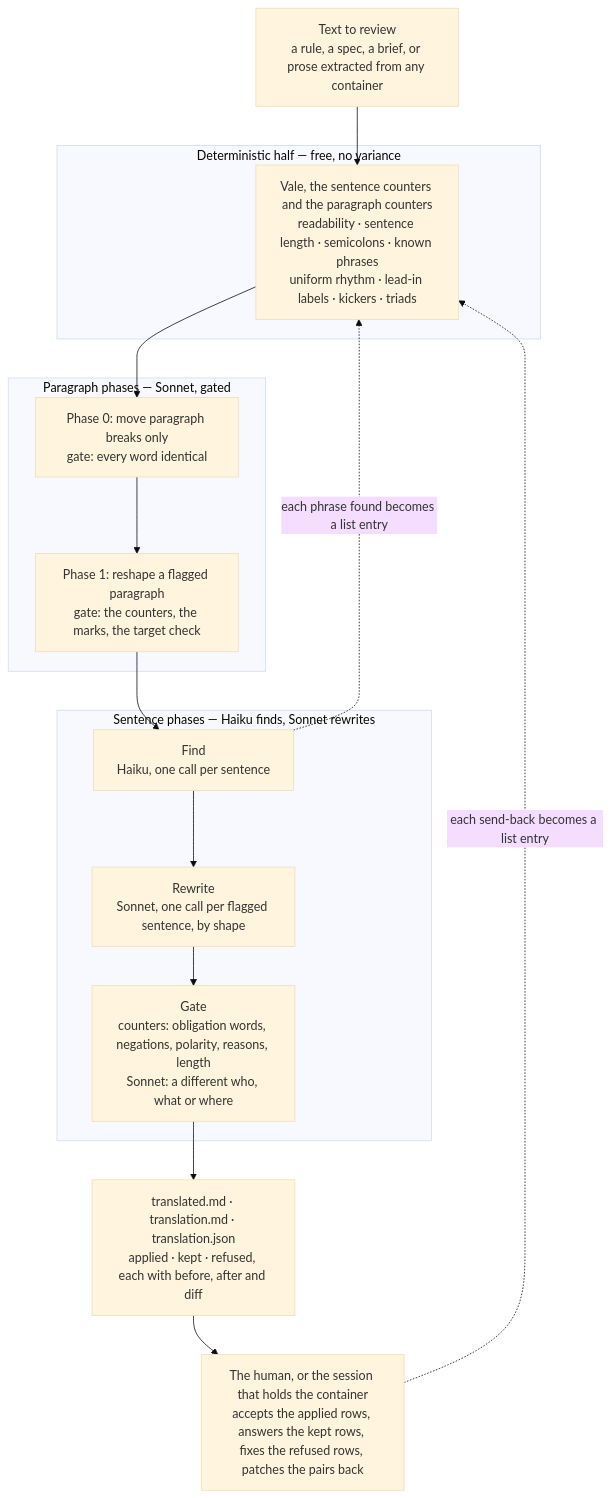
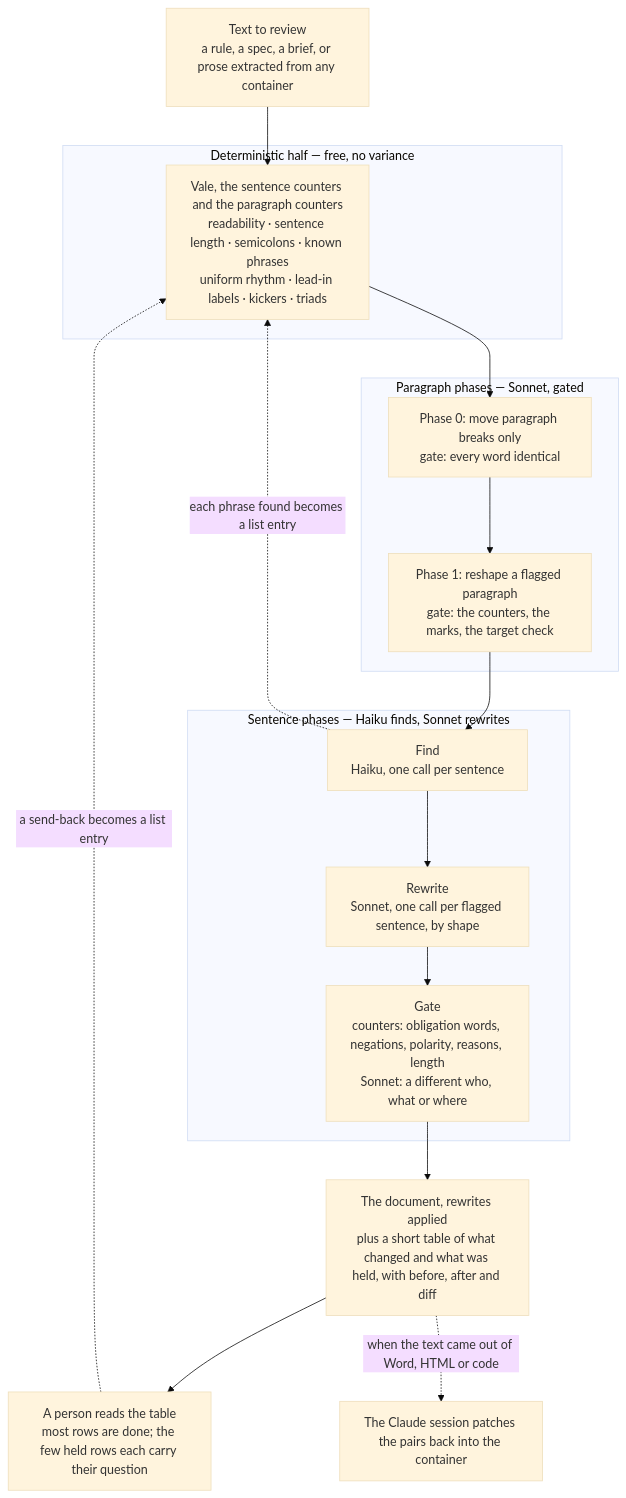
The diagram in README.md (Fermi-Ventures/claudian-translator), drawn with Mermaid (base theme) before and after one commit. The commit also changed other lines of this file, not shown here.

Commit message:
README: the diagram's end shows the human's actual share (a finished document, a short table, a few held rows) and the session as the patcher

````diff
--- a/README.md
+++ b/README.md
@@ -80,24 +80,25 @@
 ```mermaid
 flowchart TB
   T["Text to review\na rule, a spec, a brief, or prose extracted from any container"] --> V
   subgraph D["Deterministic half — free, no variance"]
     V["Vale, the sentence counters and the paragraph counters\nreadability · sentence length · semicolons · known phrases\nuniform rhythm · lead-in labels · kickers · triads"]
   end
   subgraph S["Paragraph phases — Sonnet, gated"]
     B["Phase 0: move paragraph breaks only\ngate: every word identical"]
     R["Phase 1: reshape a flagged paragraph\ngate: the counters, the marks, the target check"]
     B --> R
   end
   V --> B
   R --> F
   subgraph M["Sentence phases — Haiku finds, Sonnet rewrites"]
     F["Find\nHaiku, one call per sentence"]
     W["Rewrite\nSonnet, one call per flagged sentence, by shape"]
     C["Gate\ncounters: obligation words, negations, polarity, reasons, length\nSonnet: a different who, what or where"]
     F --> W --> C
   end
-  C --> O["translated.md · translation.md · translation.json\napplied · kept · refused, each with before, after and diff"]
-  O --> H["The human, or the session that holds the container\naccepts the applied rows, answers the kept rows, fixes the refused rows, patches the pairs back"]
+  C --> O["The document, rewrites applied\nplus a short table of what changed and what was held, with before, after and diff"]
+  O --> H["A person reads the table\nmost rows are done; the few held rows each carry their question"]
+  O -. "when the text came out of Word, HTML or code" .-> X["The Claude session patches the pairs back into the container"]
   F -. "each phrase found becomes a list entry" .-> V
-  H -. "each send-back becomes a list entry" .-> V
+  H -. "a send-back becomes a list entry" .-> V
 ```
````
